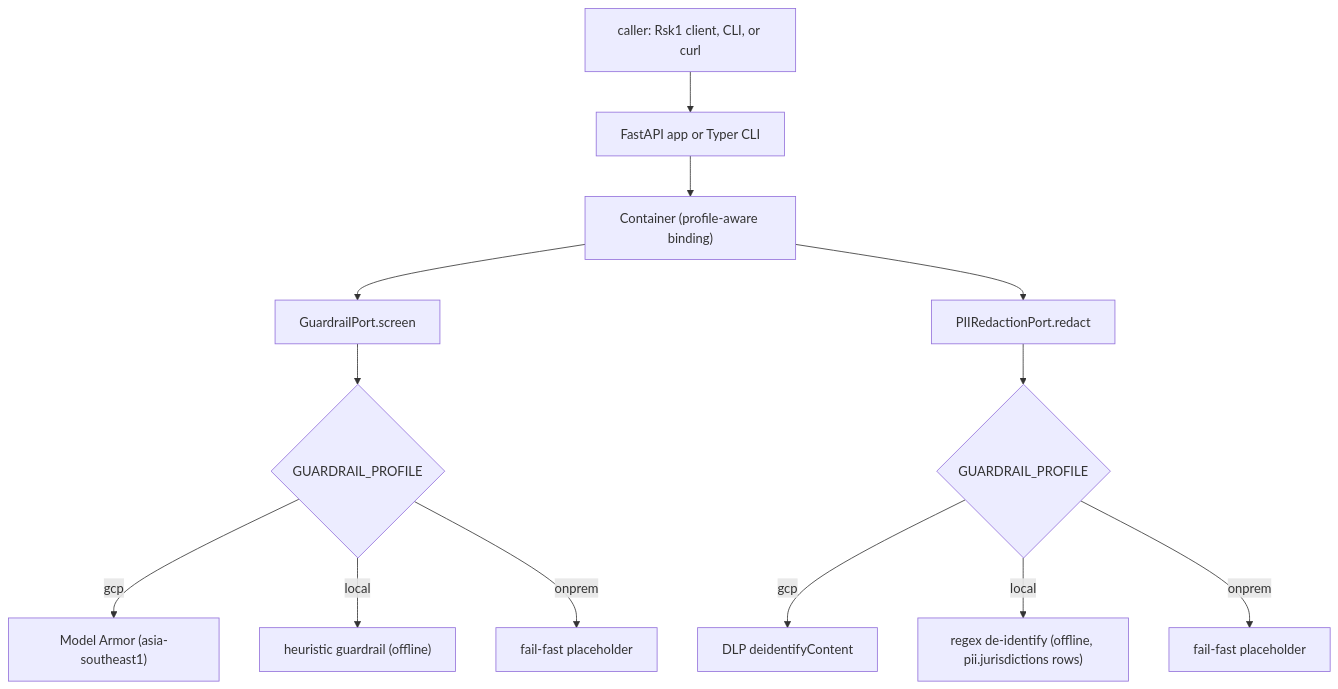
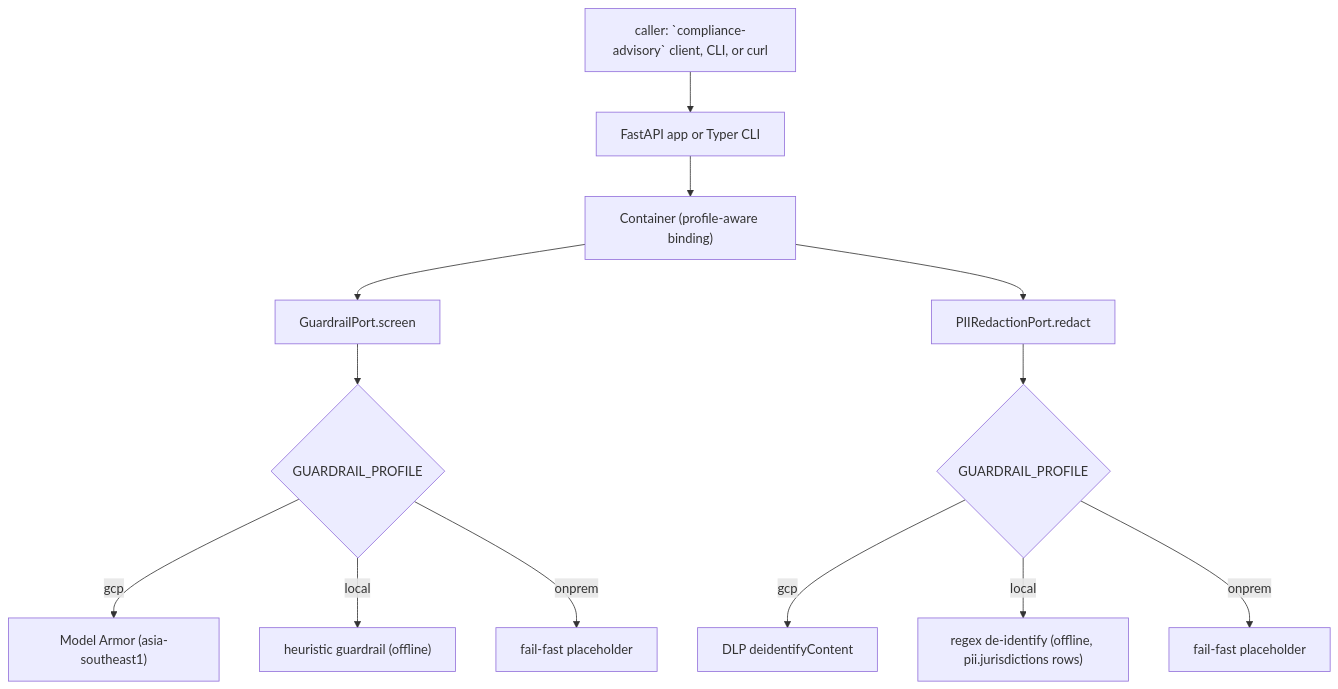
The first of 2 diagrams in ARCHITECTURE.md (portable-genai/agent-guardrail-gateway), drawn with Mermaid before and after one commit. The commit also changed other lines of this file and 29 other files, not shown here.

````diff
--- a/ARCHITECTURE.md
+++ b/ARCHITECTURE.md
@@ -33,15 +33,15 @@
 ```mermaid
 flowchart TD
-  caller["caller: Rsk1 client, CLI, or curl"] --> entry["FastAPI app or Typer CLI"]
+  caller["caller: `compliance-advisory` client, CLI, or curl"] --> entry["FastAPI app or Typer CLI"]
   entry --> container["Container (profile-aware binding)"]
   container --> guardrail["GuardrailPort.screen"]
   container --> redaction["PIIRedactionPort.redact"]
   guardrail --> pick1{"GUARDRAIL_PROFILE"}
   redaction --> pick2{"GUARDRAIL_PROFILE"}
   pick1 -->|gcp| ma["Model Armor (asia-southeast1)"]
   pick1 -->|local| hg["heuristic guardrail (offline)"]
   pick1 -->|onprem| og["fail-fast placeholder"]
   pick2 -->|gcp| dlp["DLP deidentifyContent"]
   pick2 -->|local| rr["regex de-identify (offline, pii.jurisdictions rows)"]
   pick2 -->|onprem| orr["fail-fast placeholder"]
 ```
````
